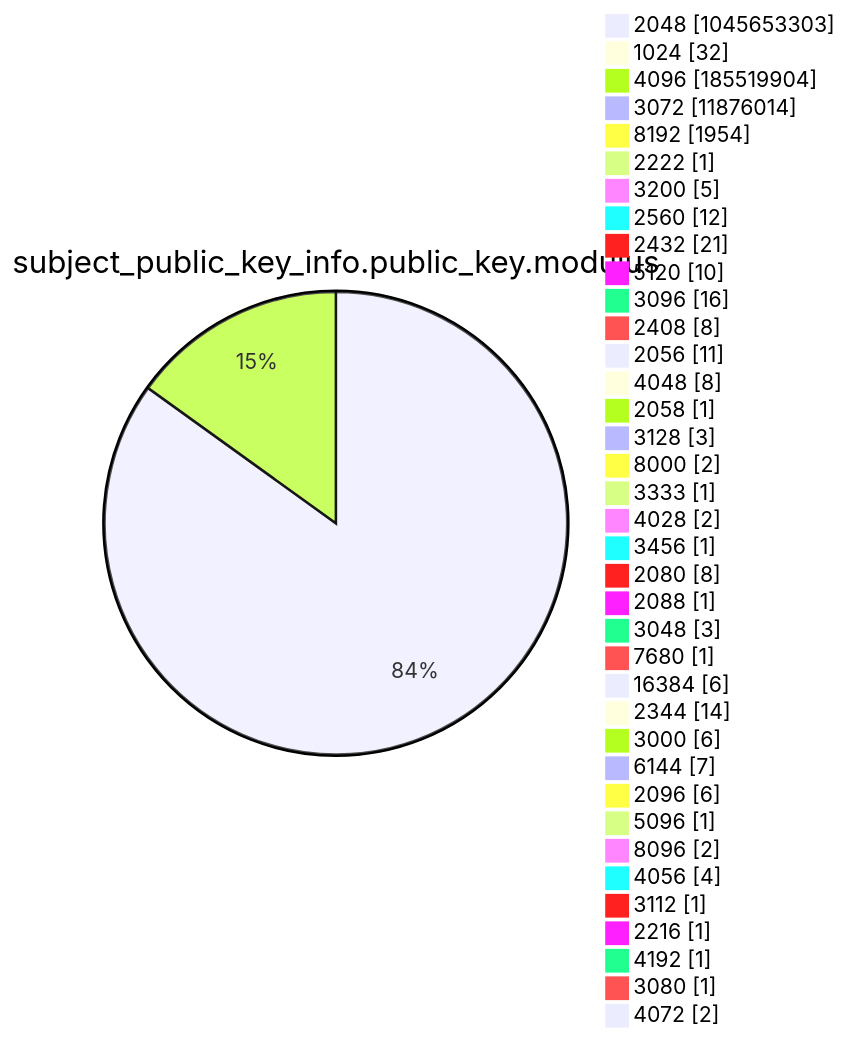
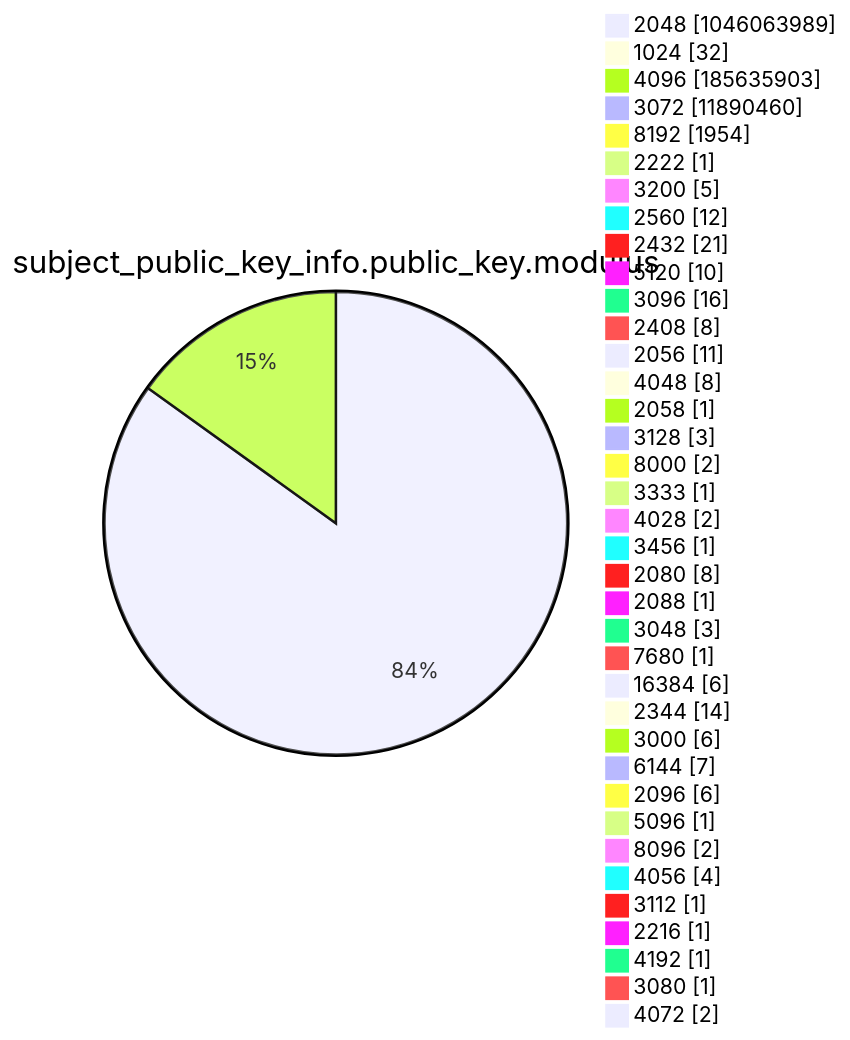
Before and after one commit to christiankrug/ctmonitor_visualization: diagram 13 of 15 in argon2022/README.md, drawn with Mermaid. The commit also changed other lines of this file, not shown here.

````diff
--- a/argon2022/README.md
+++ b/argon2022/README.md
@@ -3589,41 +3589,41 @@
 ```mermaid
 pie showData
 title subject_public_key_info.public_key.modulus
-"2048" :1045653303
+"2048" :1046063989
 "1024" :32
-"4096" :185519904
-"3072" :11876014
+"4096" :185635903
+"3072" :11890460
 "8192" :1954
 "2222" :1
 "3200" :5
 "2560" :12
 "2432" :21
 "5120" :10
 "3096" :16
 "2408" :8
 "2056" :11
 "4048" :8
 "2058" :1
 "3128" :3
 "8000" :2
 "3333" :1
 "4028" :2
 "3456" :1
 "2080" :8
 "2088" :1
 "3048" :3
 "7680" :1
 "16384" :6
 "2344" :14
 "3000" :6
 "6144" :7
 "2096" :6
 "5096" :1
 "8096" :2
 "4056" :4
 "3112" :1
 "2216" :1
 "4192" :1
 "3080" :1
 "4072" :2
 ```
````
